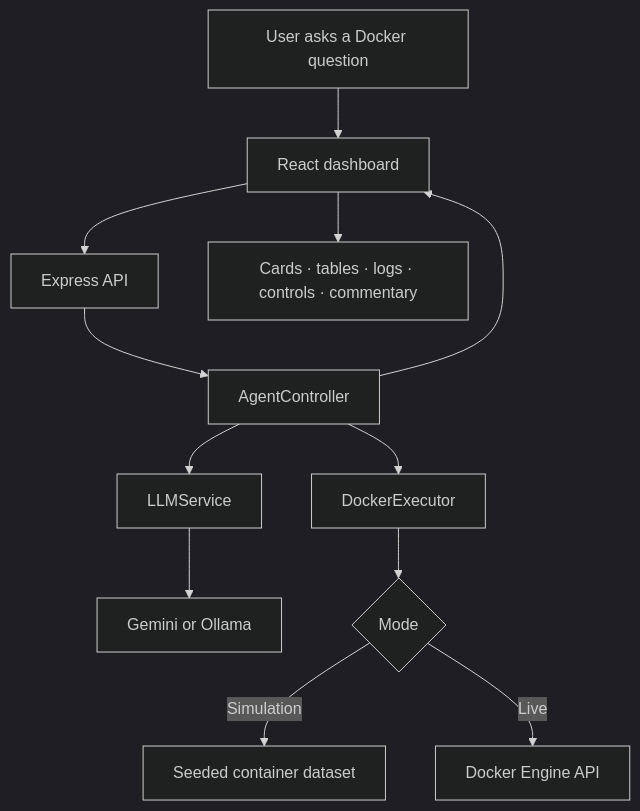
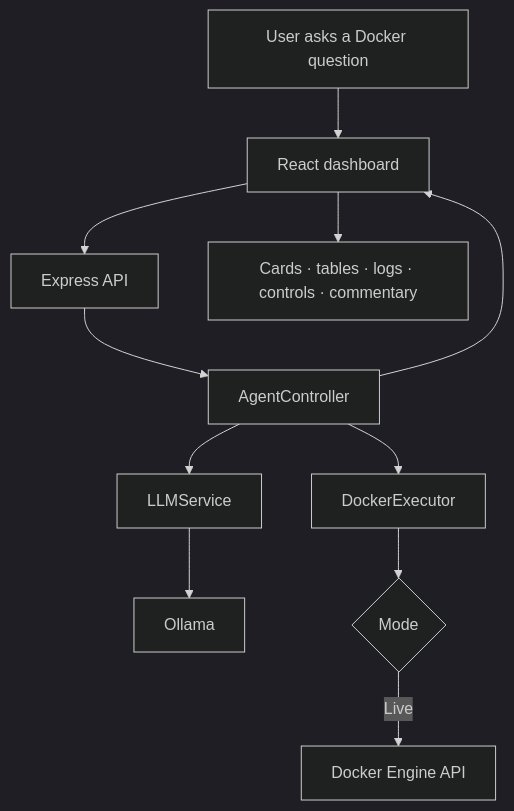
Before and after one commit to VARUVK/Docker_NL_Dashboard: the first of 2 diagrams in README.md, drawn with Mermaid (dark theme). The commit also changed other lines of this file, not shown here.

````diff
--- a/README.md
+++ b/README.md
@@ -38,14 +37,13 @@
 ```mermaid
 flowchart TD
     U["User asks a Docker question"] --> FE["React dashboard"]
     FE --> API["Express API"]
     API --> AG["AgentController"]
     AG --> LLM["LLMService"]
     AG --> DX["DockerExecutor"]
-    LLM --> P["Gemini or Ollama"]
+    LLM --> P["Ollama"]
     DX --> DM{"Mode"}
-    DM -->|Simulation| SIM["Seeded container dataset"]
     DM -->|Live| DOCKER["Docker Engine API"]
     AG --> FE
     FE --> OUT["Cards · tables · logs · controls · commentary"]
 ```
````
